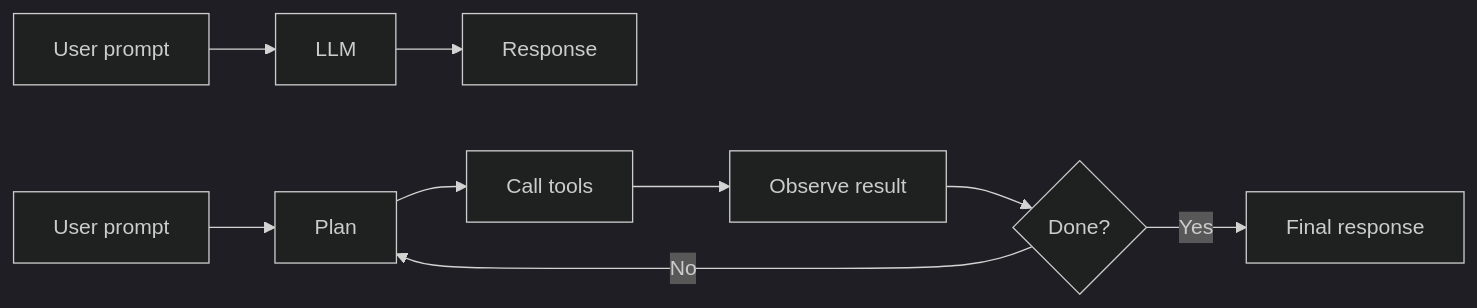
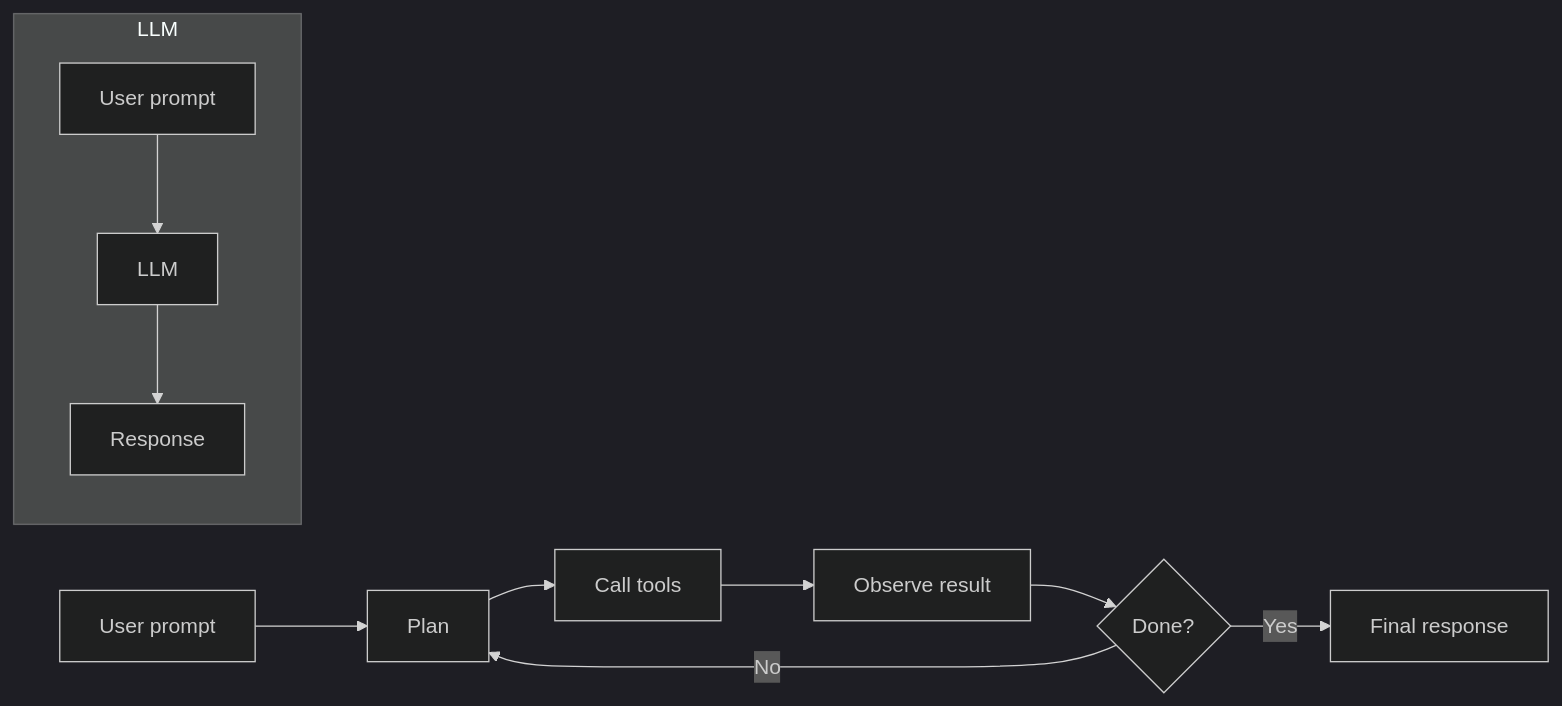
Before and after one commit to jpraychev/youtube: the third of 6 diagrams in 001/README.md, drawn with Mermaid (dark theme).

````diff
--- a/001/README.md
+++ b/001/README.md
@@ -90,12 +90,14 @@
 ```mermaid
 flowchart LR
-    P1[User prompt] --> P2[LLM]
-    P2 --> P3[Response]
+    subgraph LLM
+        P1[User prompt] --> P2[LLM]
+        P2 --> P3[Response]
+    end
 
     A1[User prompt] --> A2[Plan]
     A2 --> A3[Call tools]
     A3 --> A4[Observe result]
     A4 --> A5{Done?}
     A5 -->|No| A2
     A5 -->|Yes| A6[Final response]
 ```
````
